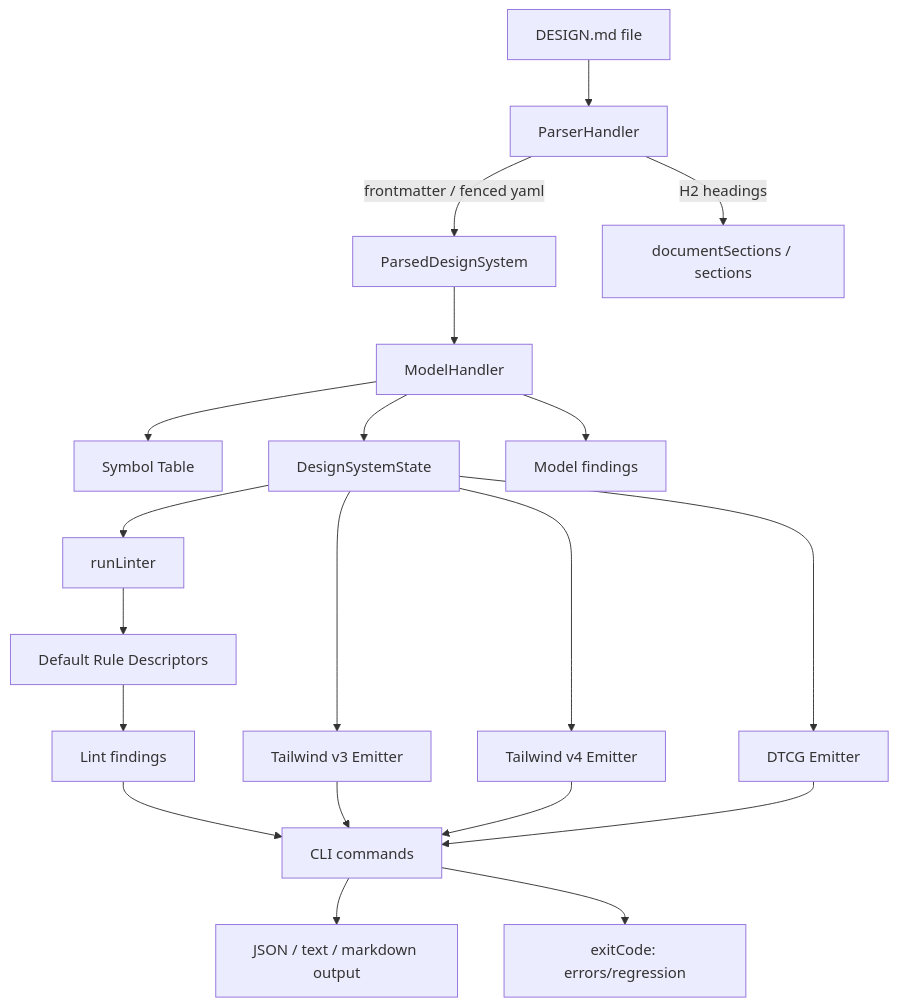
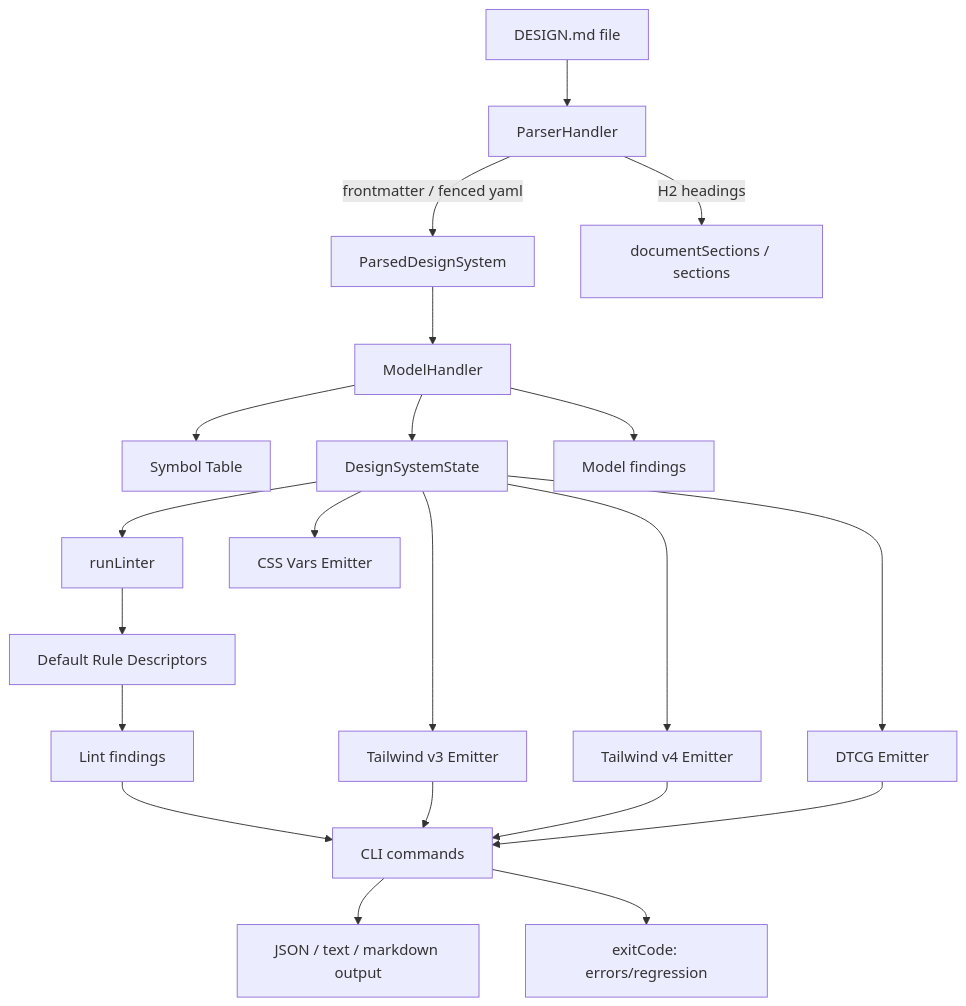
Before and after one commit to okbexx/tech-knockout: the diagram in reports/design.md.md, drawn with Mermaid. The commit also changed other lines of this file and 3 other files, not shown here.

````diff
--- a/reports/design.md.md
+++ b/reports/design.md.md
@@ -154,27 +155,28 @@
 ```mermaid
 flowchart TD
   A[DESIGN.md file] --> P[ParserHandler]
   P -->|frontmatter / fenced yaml| Parsed[ParsedDesignSystem]
   P -->|H2 headings| Sections[documentSections / sections]
 
   Parsed --> M[ModelHandler]
   M --> Symbol[Symbol Table]
   M --> State[DesignSystemState]
   M --> ModelFindings[Model findings]
 
   State --> R[runLinter]
   R --> Rules[Default Rule Descriptors]
   Rules --> Findings[Lint findings]
 
   State --> TW3[Tailwind v3 Emitter]
   State --> TW4[Tailwind v4 Emitter]
+  State --> CSSV[CSS Vars Emitter]
   State --> DTCG[DTCG Emitter]
 
   Findings --> CLI[CLI commands]
   TW3 --> CLI
   TW4 --> CLI
   DTCG --> CLI
 
   CLI --> JSON[JSON / text / markdown output]
   CLI --> Exit[exitCode: errors/regression]
 ```
````
